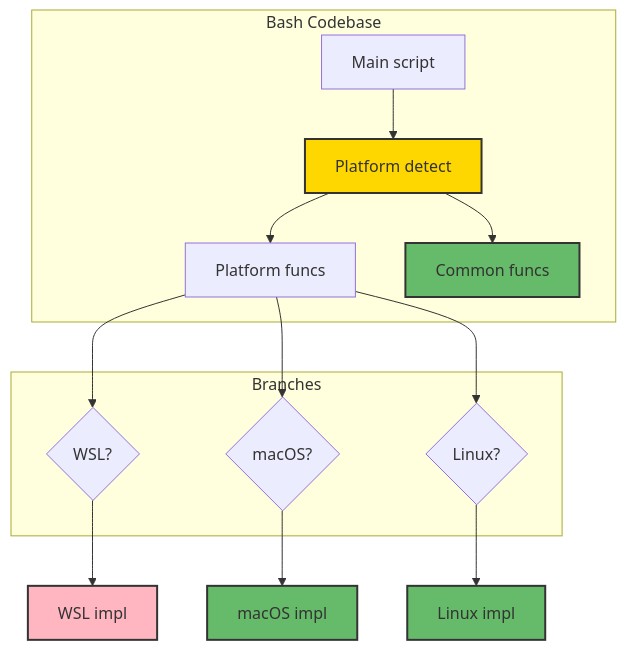
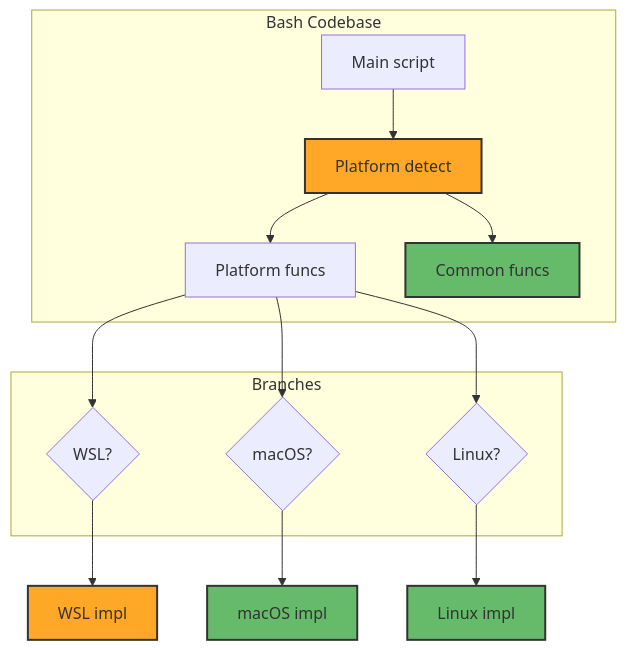
Before and after one commit to ManuelKugelmann/BitBot: the sixth of 6 diagrams in sparc/3-architecture/diagrams/05-cross-platform-flow.md, drawn with Mermaid. The commit also changed other lines of this file, not shown here.

First line of the commit message:
Apply FLOW_INNER_BITBOT color scheme to diagram 05

````diff
--- a/sparc/3-architecture/diagrams/05-cross-platform-flow.md
+++ b/sparc/3-architecture/diagrams/05-cross-platform-flow.md
@@ -390,33 +390,33 @@
 ```mermaid
 graph TB
     subgraph CODE["Bash Codebase"]
         MAIN[Main script]
         DETECT[Platform detect]
         PLATFORM_FUNCS[Platform funcs]
         COMMON[Common funcs]
     end
 
     subgraph BRANCH["Branches"]
         WSL_BRANCH{WSL?}
         MAC_BRANCH{macOS?}
         LINUX_BRANCH{Linux?}
     end
 
     MAIN --> DETECT
     DETECT --> PLATFORM_FUNCS
     DETECT --> COMMON
 
     PLATFORM_FUNCS --> WSL_BRANCH
     PLATFORM_FUNCS --> MAC_BRANCH
     PLATFORM_FUNCS --> LINUX_BRANCH
 
     WSL_BRANCH --> WSL_IMPL[WSL impl]
     MAC_BRANCH --> MAC_IMPL[macOS impl]
     LINUX_BRANCH --> LINUX_IMPL[Linux impl]
 
-    style DETECT fill:#ffd700,stroke:#333,stroke-width:2px,color:#333
+    style DETECT fill:#ffa726,stroke:#333,stroke-width:2px,color:#333
     style COMMON fill:#66bb6a,stroke:#333,stroke-width:2px,color:#333
-    style WSL_IMPL fill:#ffb6c1,stroke:#333,stroke-width:2px,color:#333
+    style WSL_IMPL fill:#ffa726,stroke:#333,stroke-width:2px,color:#333
     style MAC_IMPL fill:#66bb6a,stroke:#333,stroke-width:2px,color:#333
     style LINUX_IMPL fill:#66bb6a,stroke:#333,stroke-width:2px,color:#333
 ```
````
